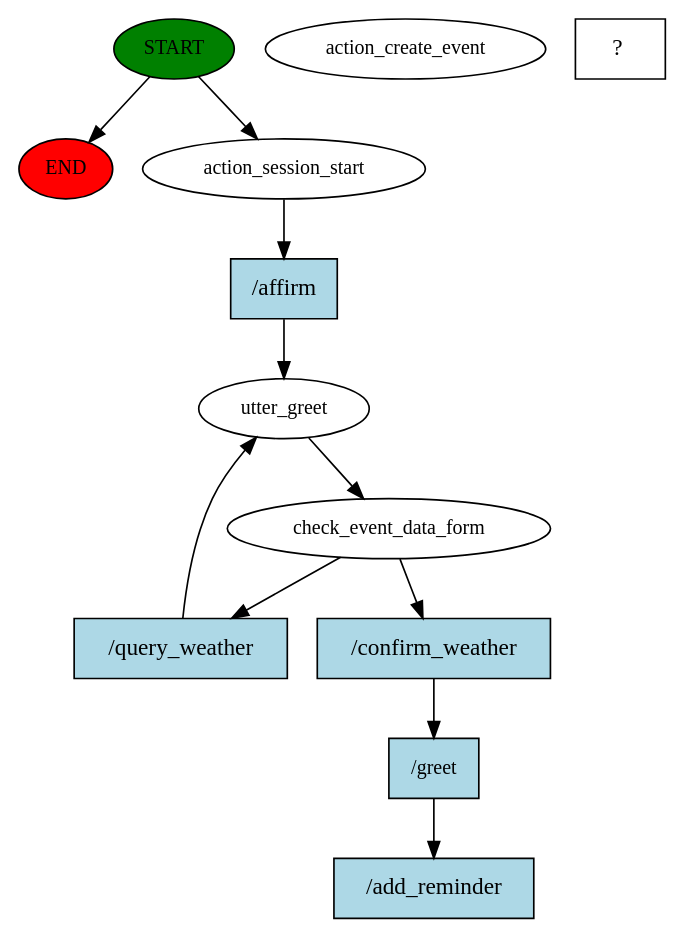
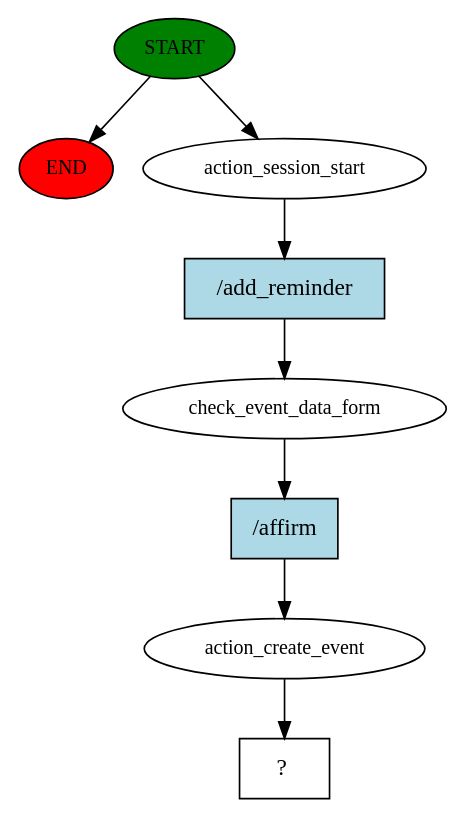
The diagram in rasa-assistant/story_graph.dot (BernardoLeandro1/PI), drawn with Graphviz before and after one commit. The commit also changed 192 other files, not shown here.

```diff
--- a/rasa-assistant/story_graph.dot
+++ b/rasa-assistant/story_graph.dot
@@ -1,29 +1,17 @@
 digraph  {
 0 [class="start active", fillcolor=green, fontsize=12, label=START, style=filled];
 "-1" [class=end, fillcolor=red, fontsize=12, label=END, style=filled];
 1 [class=active, fontsize=12, label=action_session_start];
-2 [class=active, fontsize=12, label=action_unlikely_intent];
-3 [class=active, fontsize=12, label=utter_frio];
-6 [class=active, fontsize=12, label=utter_frio];
-7 [class="intent dashed active", label="  ?  ", shape=rect];
-8 [class="intent active", fillcolor=lightblue, label="/query_weather", shape=rect, style=filled];
-9 [class="intent active", fillcolor=lightblue, label="/query_weather", shape=rect, style=filled];
-10 [class="intent active", fillcolor=lightblue, label="/confirm_weather", shape=rect, style=filled];
-2 [class=active, fontsize=12, label=utter_greet];
-3 [class=active, fontsize=12, label=check_event_data_form];
-4 [class=active, fontsize=12, label=action_create_event];
-5 [class="intent dashed active", label="  ?  ", shape=rect];
-6 [class="intent active", fillcolor=lightblue, label="/greet", shape=rect, style=filled];
-7 [class="intent active", fillcolor=lightblue, label="/add_reminder", shape=rect, style=filled];
-8 [class="intent active", fillcolor=lightblue, label="/affirm", shape=rect, style=filled];
+2 [class=active, fontsize=12, label=check_event_data_form];
+3 [class=active, fontsize=12, label=action_create_event];
+4 [class="intent dashed active", label="  ?  ", shape=rect];
+5 [class="intent active", fillcolor=lightblue, label="/add_reminder", shape=rect, style=filled];
+6 [class="intent active", fillcolor=lightblue, label="/affirm", shape=rect, style=filled];
 0 -> "-1"  [class="", key=NONE, label=""];
 0 -> 1  [class=active, key=NONE, label=""];
-1 -> 8  [class=active, key=0];
-2 -> 3  [class=active, key=NONE, label=""];
-3 -> 9  [class=active, key=0];
-3 -> 10  [class=active, key=0];
-6 -> 7  [class=active, key=NONE, label=""];
-8 -> 2  [class=active, key=0];
-9 -> 2  [class=active, key=0];
-10 -> 6  [class=active, key=0];
+1 -> 5  [class=active, key=0];
+2 -> 6  [class=active, key=0];
+3 -> 4  [class=active, key=NONE, label=""];
+5 -> 2  [class=active, key=0];
+6 -> 3  [class=active, key=0];
 }
```
